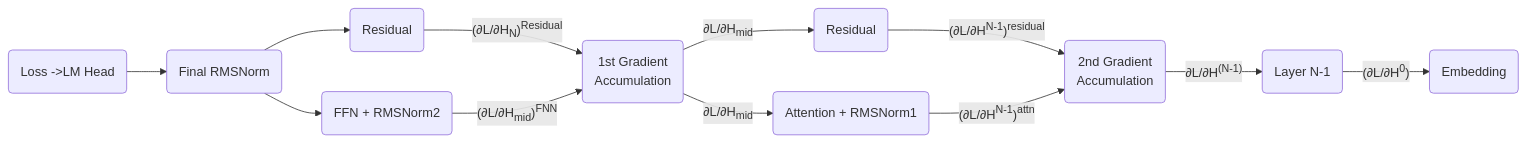
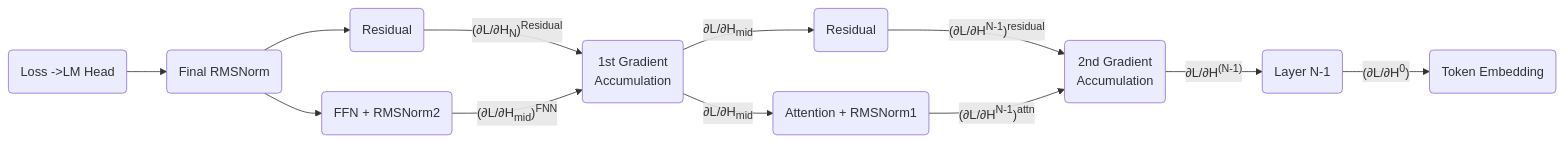
One commit to ChrisZhu2050/chriszhu2050.github.io changed the diagram in docs/llm-essential-backward-pass.md. Above: the diagram before and after it, drawn with Mermaid. The commit also changed other lines of this file, not shown here.

````diff
--- a/docs/llm-essential-backward-pass.md
+++ b/docs/llm-essential-backward-pass.md
@@ -8,32 +8,32 @@
   ```mermaid
         flowchart LR
 
           a("Loss ->LM Head")
           c1("Final RMSNorm")
           b1("Residual")
           d("FFN + RMSNorm2")
           d1("1st Gradient 
           Accumulation")
           e("Attention + RMSNorm1")  
           e1("Residual") 
           f("2nd Gradient
            Accumulation")
           g("Layer N-1")
-          h("Embedding")
+          h("Token Embedding")
         
         a --> c1
         c1 --> d
         c1 --> b1
         b1 -- (∂L/∂H<sub>N</sub>)<sup>Residual</sup>--> d1
         d --(∂L/∂H<sub>mid</sub>)<sup>FNN</sup>--> d1
         d1 --∂L/∂H<sub>mid</sub> --> e1
         d1 --∂L/∂H<sub>mid</sub>--> e
         e1 -- (∂L/∂H<sup>N-1</sup>)<sup>residual</sup>--> f
         e -- (∂L/∂H<sup>N-1</sup>)<sup>attn</sup>--> f
         f --∂L/∂H<sup>(N-1)</sup>--> g
         g--(∂L/∂H<sup>0</sup>)-->h
 
 
         
 
   ```  
````
